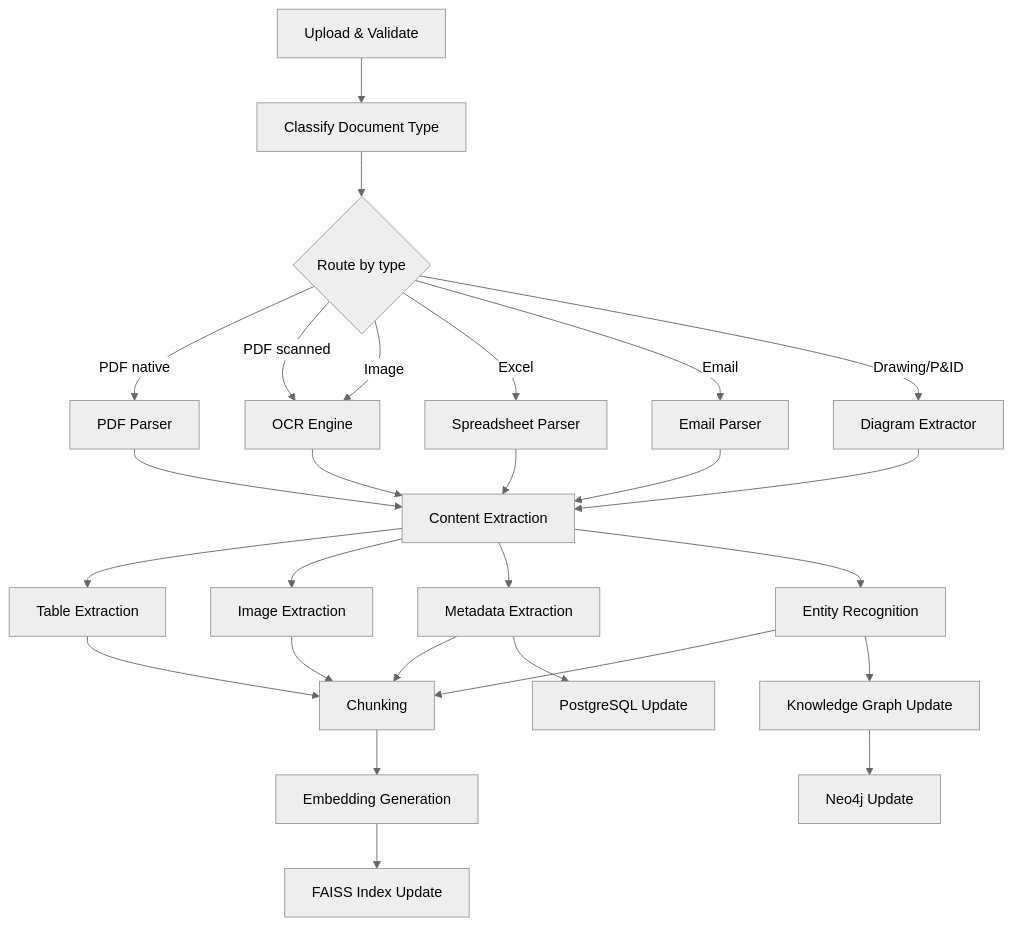
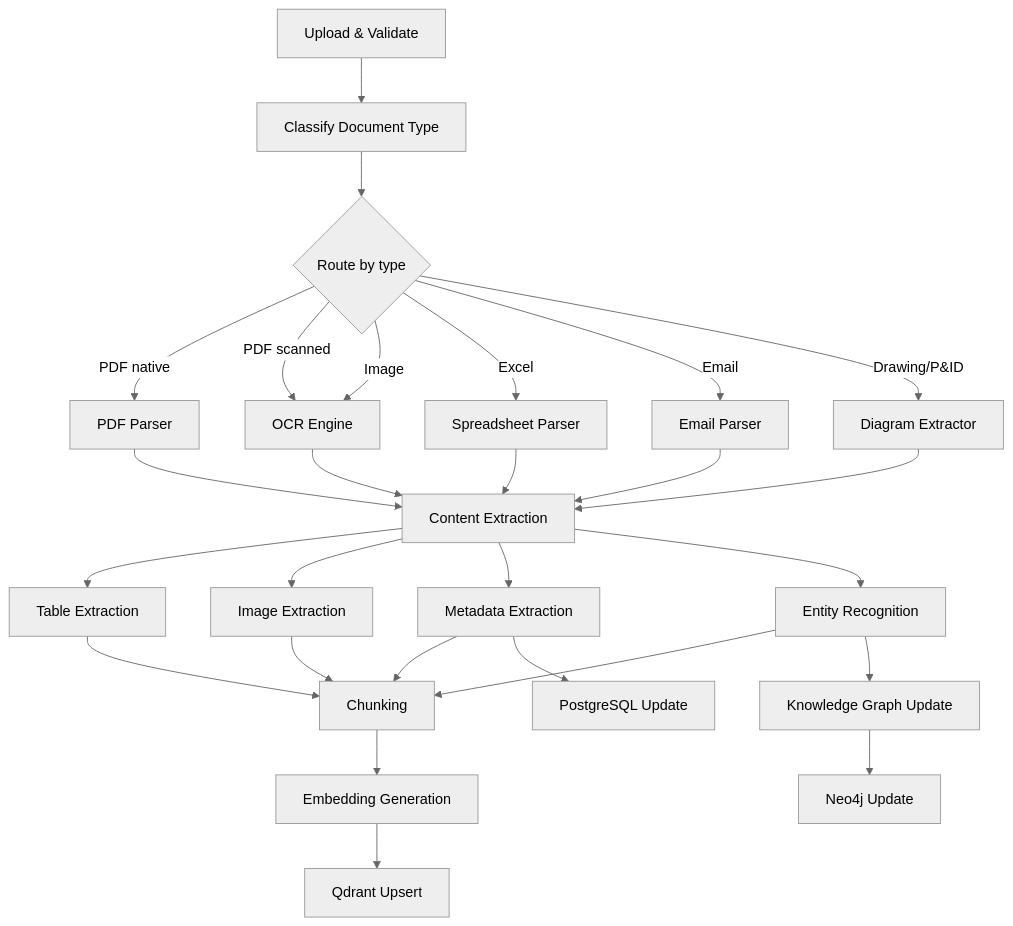
The second of 13 diagrams in docs/12_DOCUMENT_PIPELINE.md (pratapVansh/TRACE), drawn with Mermaid (neutral theme) before and after one commit. The commit also changed other lines of this file and 60 other files, not shown here.

````diff
--- a/docs/12_DOCUMENT_PIPELINE.md
+++ b/docs/12_DOCUMENT_PIPELINE.md
@@ -51,34 +57,34 @@
 ```mermaid
 flowchart TB
     UP["Upload & Validate"] --> CLASS["Classify Document Type"]
     CLASS --> ROUTE{"Route by type"}
 
     ROUTE -->|PDF native| PDF["PDF Parser"]
     ROUTE -->|PDF scanned| OCR["OCR Engine"]
     ROUTE -->|Image| OCR
     ROUTE -->|Excel| XLS["Spreadsheet Parser"]
     ROUTE -->|Email| EML["Email Parser"]
     ROUTE -->|Drawing/P&ID| DWG["Diagram Extractor"]
 
     PDF --> EXTRACT["Content Extraction"]
     OCR --> EXTRACT
     XLS --> EXTRACT
     EML --> EXTRACT
     DWG --> EXTRACT
 
     EXTRACT --> TBL["Table Extraction"]
     EXTRACT --> IMG["Image Extraction"]
     EXTRACT --> META["Metadata Extraction"]
     EXTRACT --> NER["Entity Recognition"]
 
     TBL --> CHUNK["Chunking"]
     IMG --> CHUNK
     META --> CHUNK
     NER --> CHUNK
 
     CHUNK --> EMB["Embedding Generation"]
     NER --> GRAPH["Knowledge Graph Update"]
-    EMB --> INDEX["FAISS Index Update"]
+    EMB --> INDEX["Qdrant Upsert"]
     META --> PG["PostgreSQL Update"]
     GRAPH --> NEO["Neo4j Update"]
 ```
````
